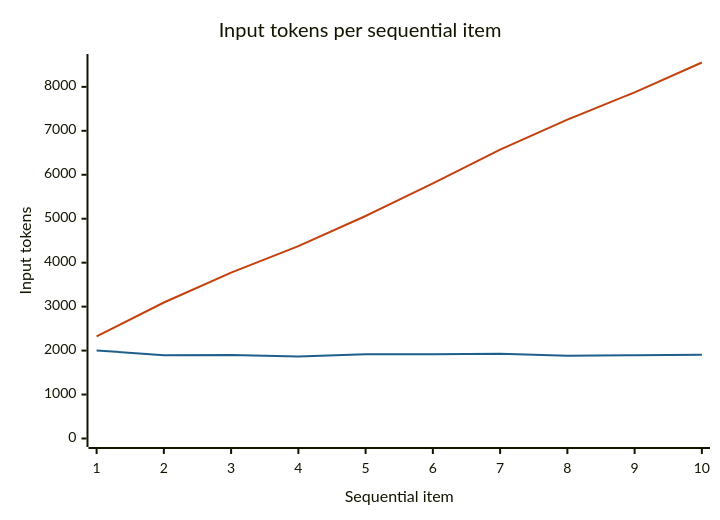
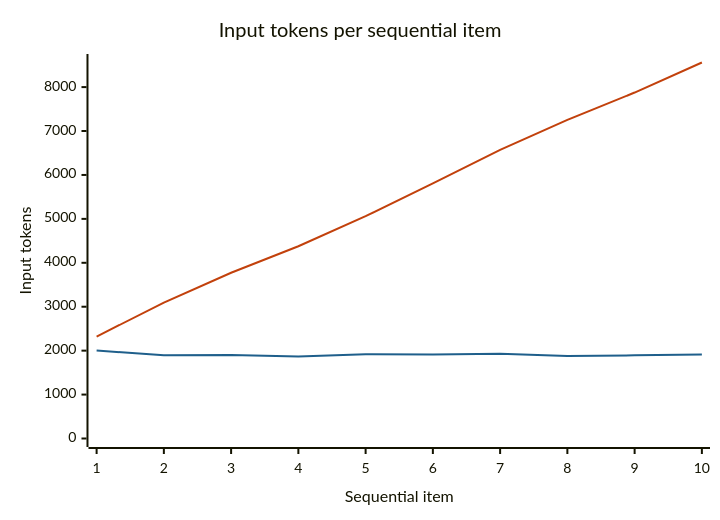
One commit to vidhu-hegde/Multi-Agent-Tax-System changed the diagram in docs/metrics.md. Above: the diagram before and after it, drawn with Mermaid. The commit also changed other lines of this file and 5 other files, not shown here.

````diff
--- a/docs/metrics.md
+++ b/docs/metrics.md
@@ -39,9 +37,9 @@
 ```mermaid
 %%{init: {"themeVariables": {"xyChart": {"plotColorPalette": "#1f5f8b, #c2410c"}}}}%%
 xychart-beta
     title "Input tokens per sequential item"
     x-axis "Sequential item" [1, 2, 3, 4, 5, 6, 7, 8, 9, 10]
-    y-axis "Input tokens" 0 --> 8554
-    line [2003, 1895, 1900, 1865, 1918, 1914, 1928, 1881, 1893, 1906]
-    line [2321, 3094, 3774, 4377, 5062, 5806, 6572, 7254, 7876, 8554]
+    y-axis "Input tokens" 0 --> 8560
+    line [2003, 1895, 1900, 1865, 1918, 1914, 1928, 1881, 1893, 1912]
+    line [2321, 3094, 3774, 4377, 5062, 5806, 6572, 7254, 7876, 8560]
 ```
````
